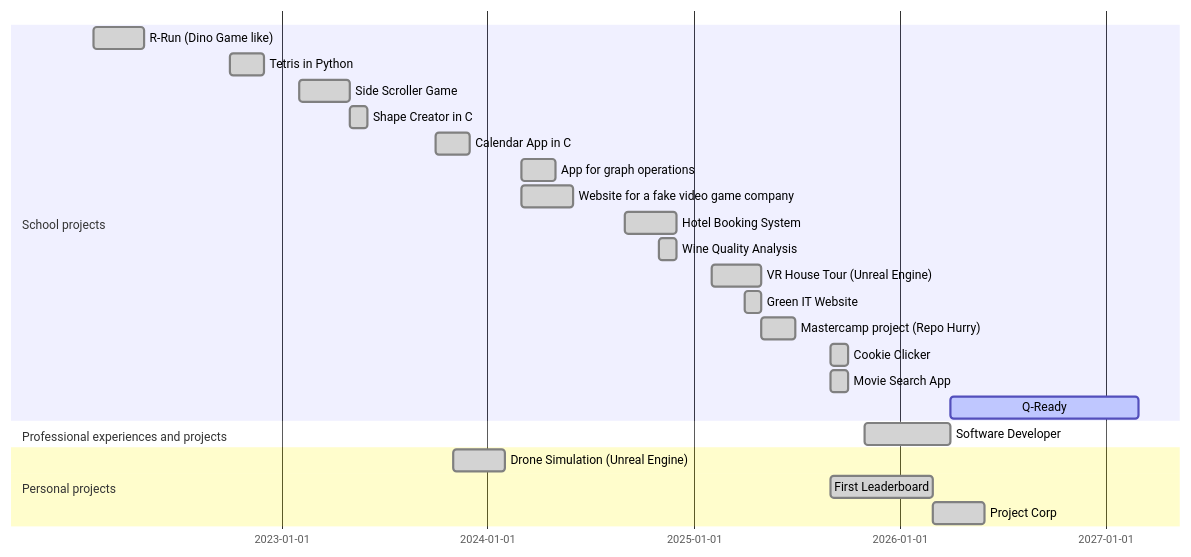
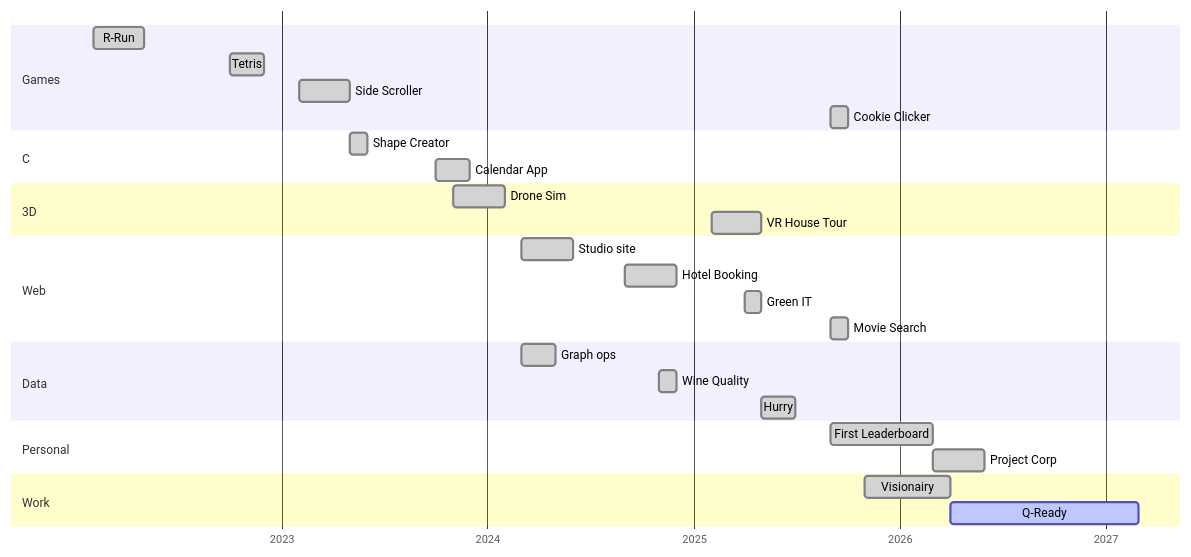
Before and after one commit to Rowuni/Rowuni: the diagram in Readme.md, drawn with Mermaid. The commit also changed other lines of this file, not shown here.

Commit message:
fix: update tech stack based on reviews and gantt diagram

````diff
--- a/Readme.md
+++ b/Readme.md
@@ -190,26 +151,32 @@
 ```mermaid
 gantt
     dateFormat  YYYY-MM
-    section School projects
-    R-Run (Dino Game like)       :done, 2022-02, 2022-05
-    Tetris in Python       :done, 2022-10, 2022-12
-    Side Scroller Game       :done, 2023-02, 2023-05
-    Shape Creator in C       :done, 2023-05, 2023-06
-    Calendar App in C      :done, 2023-10, 2023-12
-    App for graph operations       :done, 2024-03, 2024-05
-    Website for a fake video game company       :done, 2024-03, 2024-06
-    Hotel Booking System       :done, 2024-09, 2024-12
-    Wine Quality Analysis       :done, 2024-11, 2024-12
-    VR House Tour (Unreal Engine)       :done, 2025-02, 2025-05
-    Green IT Website       :done, 2025-04, 2025-05
-    Mastercamp project (Repo Hurry)       :done, 2025-05, 2025-07
-    Cookie Clicker         :done, 2025-09, 2025-10
-    Movie Search App       :done, 2025-09, 2025-10
-    Q-Ready        :active, 2026-04, 2027-03
-    section Professional experiences and projects
-    Software Developer           :done, 2025-11, 2026-04
-    section Personal projects
-    Drone Simulation (Unreal Engine)       :done, 2023-11, 2024-02
-    First Leaderboard       :done, 2025-09, 2026-03
-    Project Corp       :done, 2026-03, 2026-06
+    axisFormat  %Y
+    tickInterval 1year
+    section Games
+    R-Run           :done, 2022-02, 2022-05
+    Tetris          :done, 2022-10, 2022-12
+    Side Scroller   :done, 2023-02, 2023-05
+    Cookie Clicker  :done, 2025-09, 2025-10
+    section C
+    Shape Creator   :done, 2023-05, 2023-06
+    Calendar App    :done, 2023-10, 2023-12
+    section 3D
+    Drone Sim       :done, 2023-11, 2024-02
+    VR House Tour   :done, 2025-02, 2025-05
+    section Web
+    Studio site     :done, 2024-03, 2024-06
+    Hotel Booking   :done, 2024-09, 2024-12
+    Green IT        :done, 2025-04, 2025-05
+    Movie Search    :done, 2025-09, 2025-10
+    section Data
+    Graph ops       :done, 2024-03, 2024-05
+    Wine Quality    :done, 2024-11, 2024-12
+    Hurry           :done, 2025-05, 2025-07
+    section Personal
+    First Leaderboard :done, 2025-09, 2026-03
+    Project Corp    :done, 2026-03, 2026-06
+    section Work
+    Visionairy      :done, 2025-11, 2026-04
+    Q-Ready         :active, 2026-04, 2027-03
 ```
````
